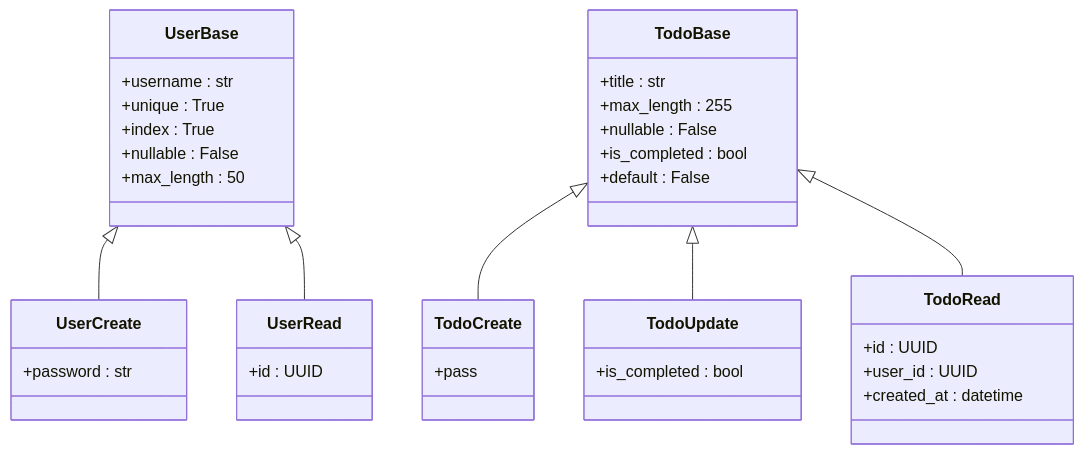
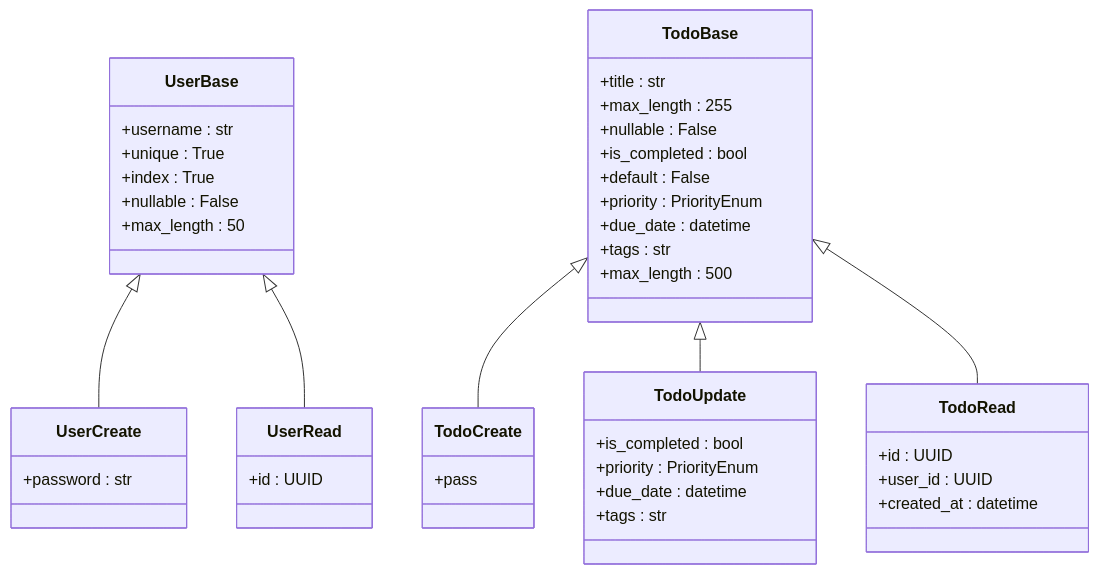
Before and after one commit to ss8806/Todos: the sixth of 8 diagrams in .qoder/repowiki/ja/content/アーキテクチャ/データベースアーキテクチャ.md, drawn with Mermaid. The commit also changed other lines of this file and 6 other files, not shown here.

````diff
--- a/.qoder/repowiki/ja/content/アーキテクチャ/データベースアーキテクチャ.md
+++ b/.qoder/repowiki/ja/content/アーキテクチャ/データベースアーキテクチャ.md
@@ -262,39 +269,46 @@
 ```mermaid
 classDiagram
 class UserBase {
 +username : str
 +unique : True
 +index : True
 +nullable : False
 +max_length : 50
 }
 class UserCreate {
 +password : str
 }
 class UserRead {
 +id : UUID
 }
 class TodoBase {
 +title : str
 +max_length : 255
 +nullable : False
 +is_completed : bool
 +default : False
++priority : PriorityEnum
++due_date : datetime
++tags : str
++max_length : 500
 }
 class TodoCreate {
 +pass
 }
 class TodoUpdate {
 +is_completed : bool
++priority : PriorityEnum
++due_date : datetime
++tags : str
 }
 class TodoRead {
 +id : UUID
 +user_id : UUID
 +created_at : datetime
 }
 UserBase <|-- UserCreate
 UserBase <|-- UserRead
 TodoBase <|-- TodoCreate
 TodoBase <|-- TodoUpdate
 TodoBase <|-- TodoRead
 ```
````
